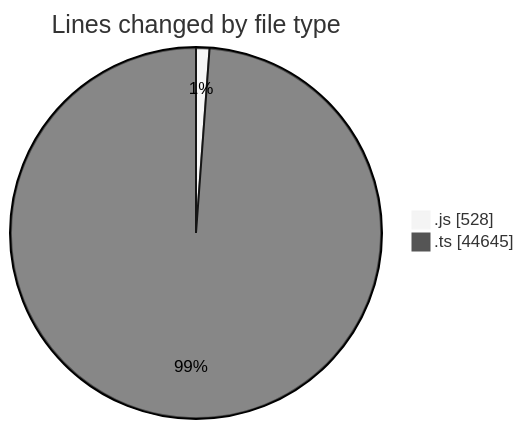
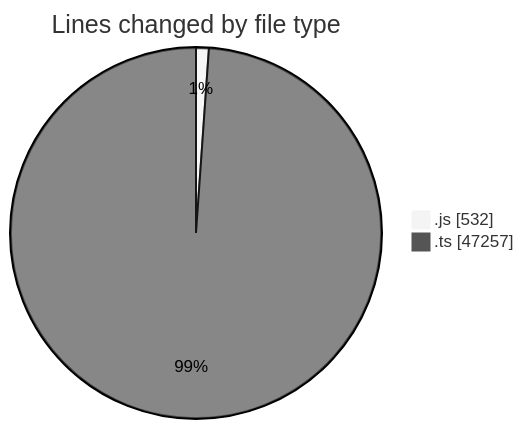
The first of 2 diagrams in 2025-06-19/cda/README.md (momahboobian/code-tracking), drawn with Mermaid (neutral theme) before and after one commit. The commit also changed other lines of this file and 1 other file, not shown here.

````diff
--- a/2025-06-19/cda/README.md
+++ b/2025-06-19/cda/README.md
@@ -30,6 +30,6 @@
 ```mermaid
 pie showData
 title Lines changed by file type
-".js" : 528
-".ts" : 44645
+".js" : 532
+".ts" : 47257
 ```
````
